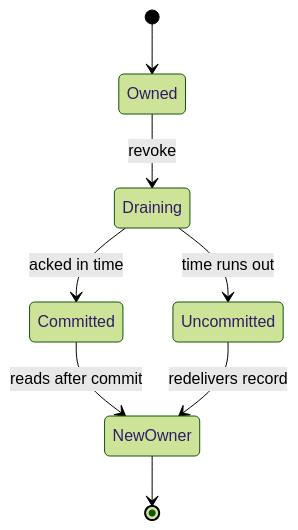
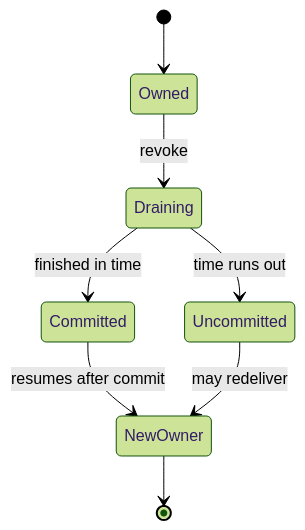
One commit to bktrung/edm_sdk changed the diagram in docs/deep-dives/kafka-lane-balancer.md. Above: the diagram before and after it, drawn with Mermaid (forest theme). The commit also changed other lines of this file and 139 other files, not shown here.

````diff
--- a/docs/deep-dives/kafka-lane-balancer.md
+++ b/docs/deep-dives/kafka-lane-balancer.md
@@ -33,10 +17,10 @@
 ```mermaid
 stateDiagram-v2
     [*] --> Owned
     Owned --> Draining: revoke
-    Draining --> Committed: acked in time
+    Draining --> Committed: finished in time
     Draining --> Uncommitted: time runs out
-    Committed --> NewOwner: reads after commit
-    Uncommitted --> NewOwner: redelivers record
+    Committed --> NewOwner: resumes after commit
+    Uncommitted --> NewOwner: may redeliver
     NewOwner --> [*]
 ```
````
